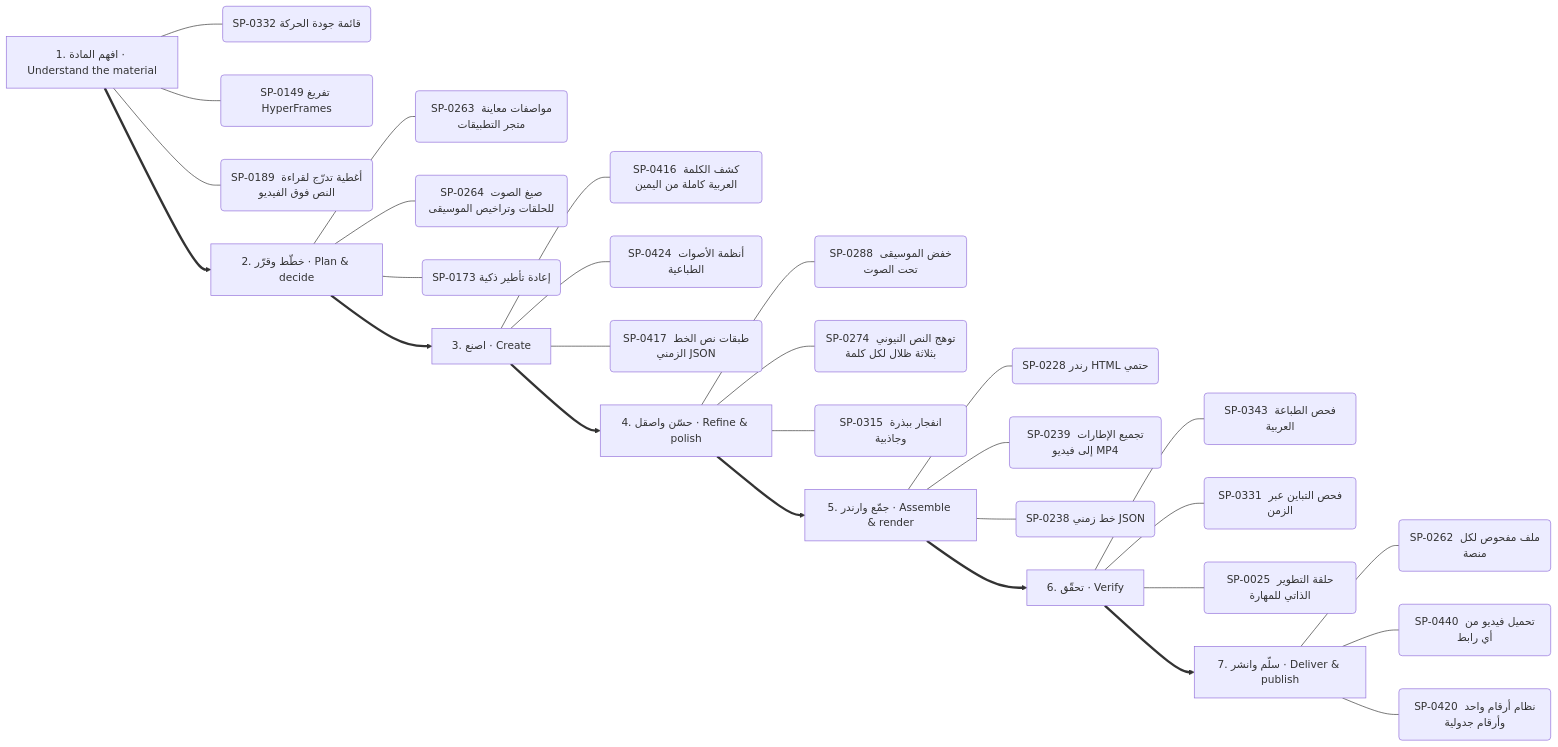
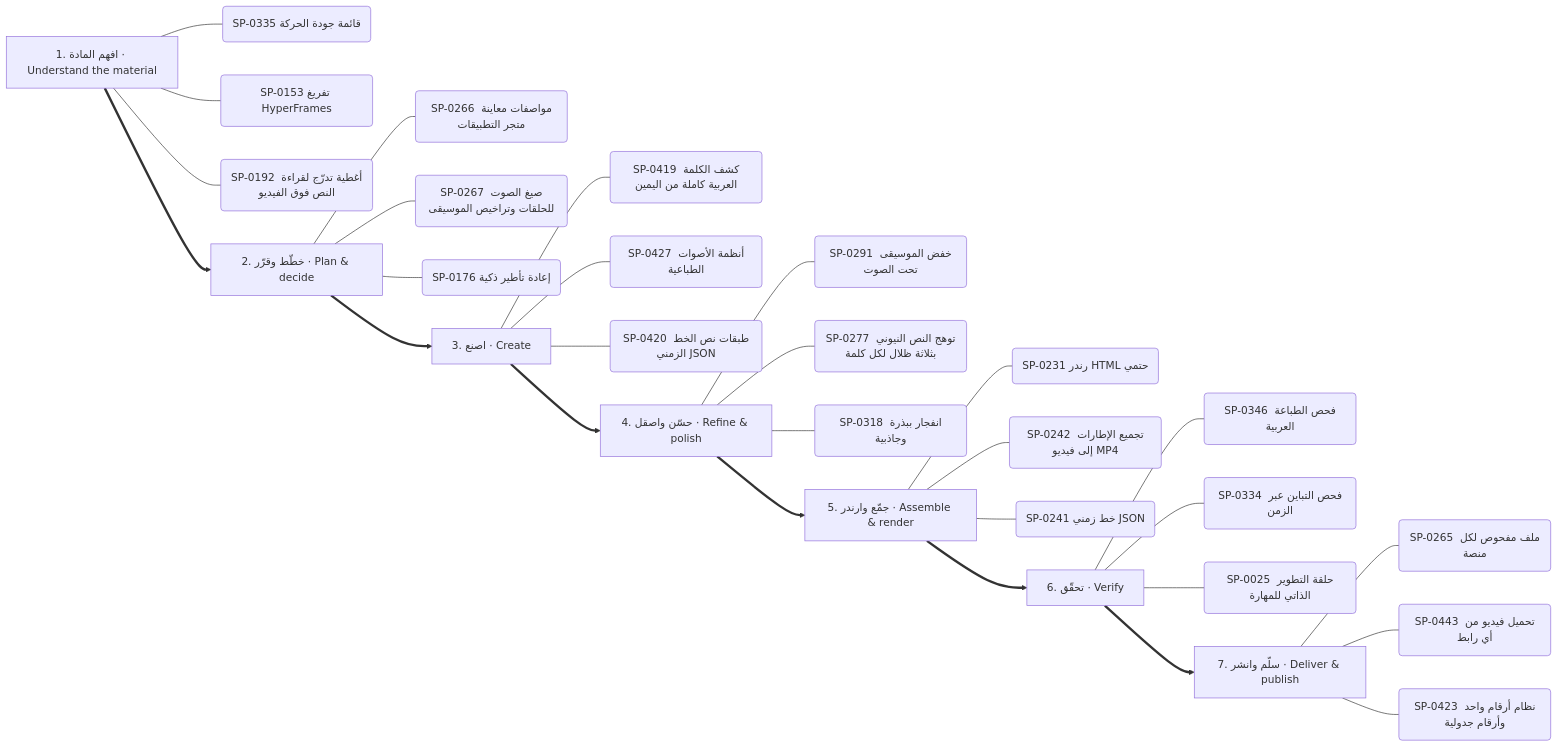
One commit to kosif199022-jpg/kosif-tool changed the second of 13 diagrams in .claude/skills/kosif-superpowers/references/capability-mindmap.md. Above: the diagram before and after it, drawn with Mermaid. The commit also changed other lines of this file and 46 other files, not shown here.

````diff
--- a/.claude/skills/kosif-superpowers/references/capability-mindmap.md
+++ b/.claude/skills/kosif-superpowers/references/capability-mindmap.md
@@ -128,37 +127,37 @@
 ```mermaid
 flowchart LR
   S0["1. افهم المادة · Understand the material"]
-  S0 --- S0_0("SP-0332 قائمة جودة الحركة")
-  S0 --- S0_1("SP-0149 تفريغ HyperFrames")
-  S0 --- S0_2("SP-0189 أغطية تدرّج لقراءة النص فوق الفيديو")
+  S0 --- S0_0("SP-0335 قائمة جودة الحركة")
+  S0 --- S0_1("SP-0153 تفريغ HyperFrames")
+  S0 --- S0_2("SP-0192 أغطية تدرّج لقراءة النص فوق الفيديو")
   S1["2. خطّط وقرّر · Plan & decide"]
-  S1 --- S1_0("SP-0263 مواصفات معاينة متجر التطبيقات")
-  S1 --- S1_1("SP-0264 صيغ الصوت للحلقات وتراخيص الموسيقى")
-  S1 --- S1_2("SP-0173 إعادة تأطير ذكية")
+  S1 --- S1_0("SP-0266 مواصفات معاينة متجر التطبيقات")
+  S1 --- S1_1("SP-0267 صيغ الصوت للحلقات وتراخيص الموسيقى")
+  S1 --- S1_2("SP-0176 إعادة تأطير ذكية")
   S0 ==> S1
   S2["3. اصنع · Create"]
-  S2 --- S2_0("SP-0416 كشف الكلمة العربية كاملة من اليمين")
-  S2 --- S2_1("SP-0424 أنظمة الأصوات الطباعية")
-  S2 --- S2_2("SP-0417 طبقات نص الخط الزمني JSON")
+  S2 --- S2_0("SP-0419 كشف الكلمة العربية كاملة من اليمين")
+  S2 --- S2_1("SP-0427 أنظمة الأصوات الطباعية")
+  S2 --- S2_2("SP-0420 طبقات نص الخط الزمني JSON")
   S1 ==> S2
   S3["4. حسّن واصقل · Refine & polish"]
-  S3 --- S3_0("SP-0288 خفض الموسيقى تحت الصوت")
-  S3 --- S3_1("SP-0274 توهج النص النيوني بثلاثة ظلال لكل كلمة")
-  S3 --- S3_2("SP-0315 انفجار ببذرة وجاذبية")
+  S3 --- S3_0("SP-0291 خفض الموسيقى تحت الصوت")
+  S3 --- S3_1("SP-0277 توهج النص النيوني بثلاثة ظلال لكل كلمة")
+  S3 --- S3_2("SP-0318 انفجار ببذرة وجاذبية")
   S2 ==> S3
   S4["5. جمّع وارندر · Assemble & render"]
-  S4 --- S4_0("SP-0228 رندر HTML حتمي")
-  S4 --- S4_1("SP-0239 تجميع الإطارات إلى فيديو MP4")
-  S4 --- S4_2("SP-0238 خط زمني JSON")
+  S4 --- S4_0("SP-0231 رندر HTML حتمي")
+  S4 --- S4_1("SP-0242 تجميع الإطارات إلى فيديو MP4")
+  S4 --- S4_2("SP-0241 خط زمني JSON")
   S3 ==> S4
   S5["6. تحقّق · Verify"]
-  S5 --- S5_0("SP-0343 فحص الطباعة العربية")
-  S5 --- S5_1("SP-0331 فحص التباين عبر الزمن")
+  S5 --- S5_0("SP-0346 فحص الطباعة العربية")
+  S5 --- S5_1("SP-0334 فحص التباين عبر الزمن")
   S5 --- S5_2("SP-0025 حلقة التطوير الذاتي للمهارة")
   S4 ==> S5
   S6["7. سلّم وانشر · Deliver & publish"]
-  S6 --- S6_0("SP-0262 ملف مفحوص لكل منصة")
-  S6 --- S6_1("SP-0440 تحميل فيديو من أي رابط")
-  S6 --- S6_2("SP-0420 نظام أرقام واحد وأرقام جدولية")
+  S6 --- S6_0("SP-0265 ملف مفحوص لكل منصة")
+  S6 --- S6_1("SP-0443 تحميل فيديو من أي رابط")
+  S6 --- S6_2("SP-0423 نظام أرقام واحد وأرقام جدولية")
   S5 ==> S6
 ```
````
